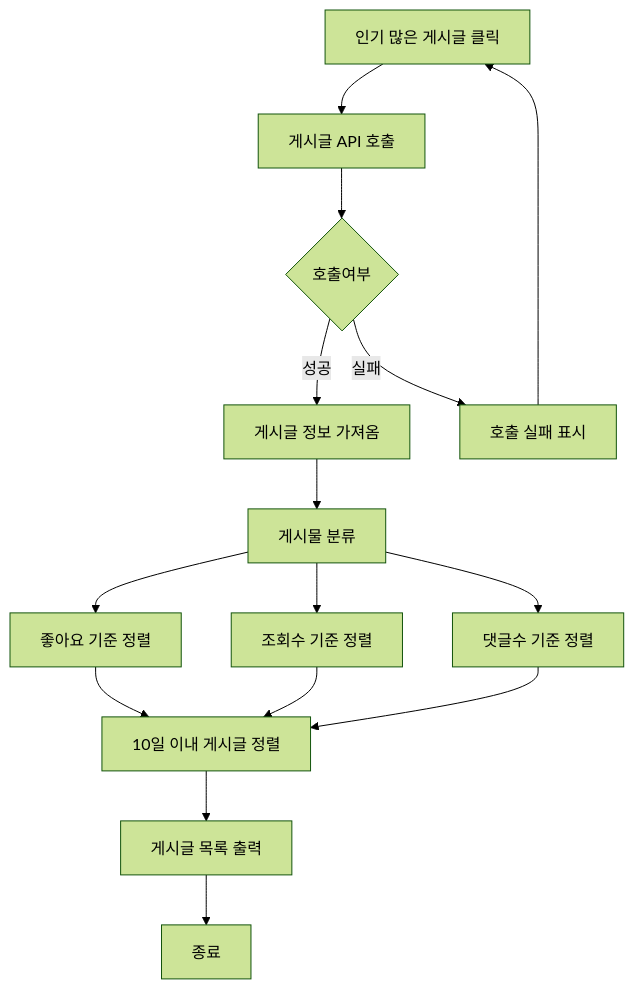
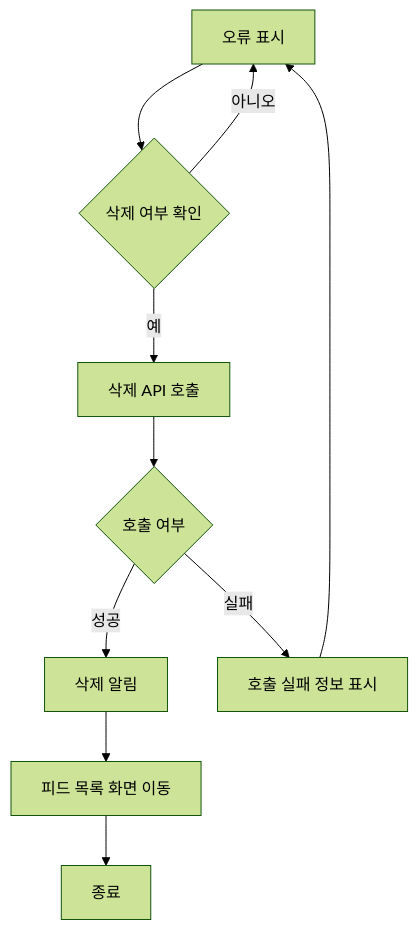
Before and after one commit to Dev-FE-2/3_swim_diary: the eighth of 27 diagrams in design/기능정의서.md, drawn with Mermaid (forest theme). The commit also changed other lines of this file, not shown here.

````diff
--- a/design/기능정의서.md
+++ b/design/기능정의서.md
@@ -123,22 +172,12 @@
-```mermaid
-flowchart TD
-A[인기 많은 게시글 클릭] --> B[게시글 API 호출]
-B --> C{호출여부}
-C -- 성공 --> D[게시글 정보 가져옴]
-C -- 실패 --> E[호출 실패 표시]
-E --> A
-D --> F[게시물 분류]
-
-F --> E1[좋아요 기준 정렬]
-
-F --> E2[조회수 기준 정렬]
-
-F --> E3[댓글수 기준 정렬]
-
-E1 --> G[10일 이내 게시글 정렬]
-E2 --> G
-E3 --> G
-G --> H[게시글 목록 출력]
-H --> Z[종료]
-
-```
+    ```mermaid
+    flowchart TD
+        A[확인 버튼 클릭] --> B{삭제 여부 확인}
+        B -- 예 --> C[삭제 API 호출]
+        B -- 아니오 --> A[오류 표시]
+        C --> D{호출 여부}
+        D -- 성공 --> E[삭제 알림]
+        D -- 실패 --> F[호출 실패 정보 표시]
+        F -->A
+        E --> G[피드 목록 화면 이동]
+        G --> Z[종료]
+    ```
````
